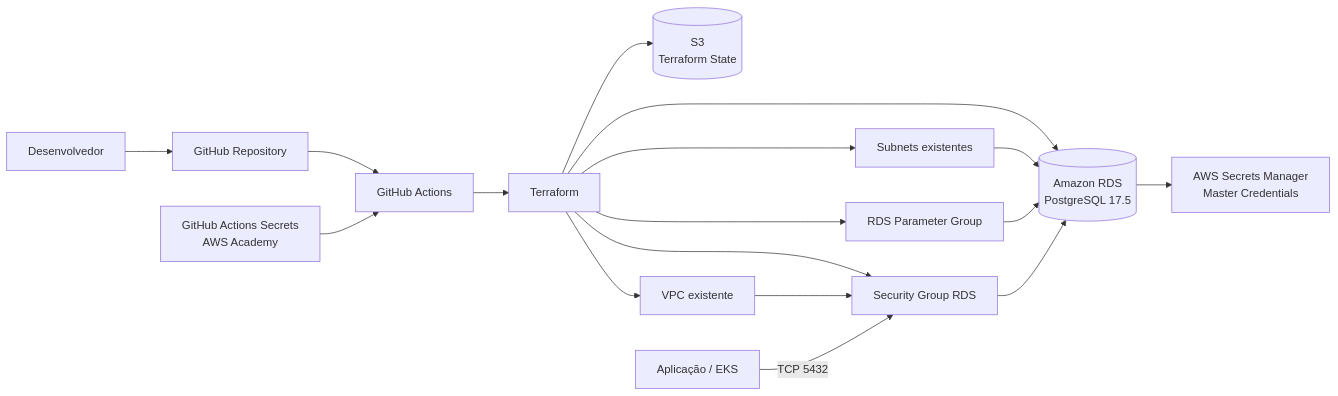
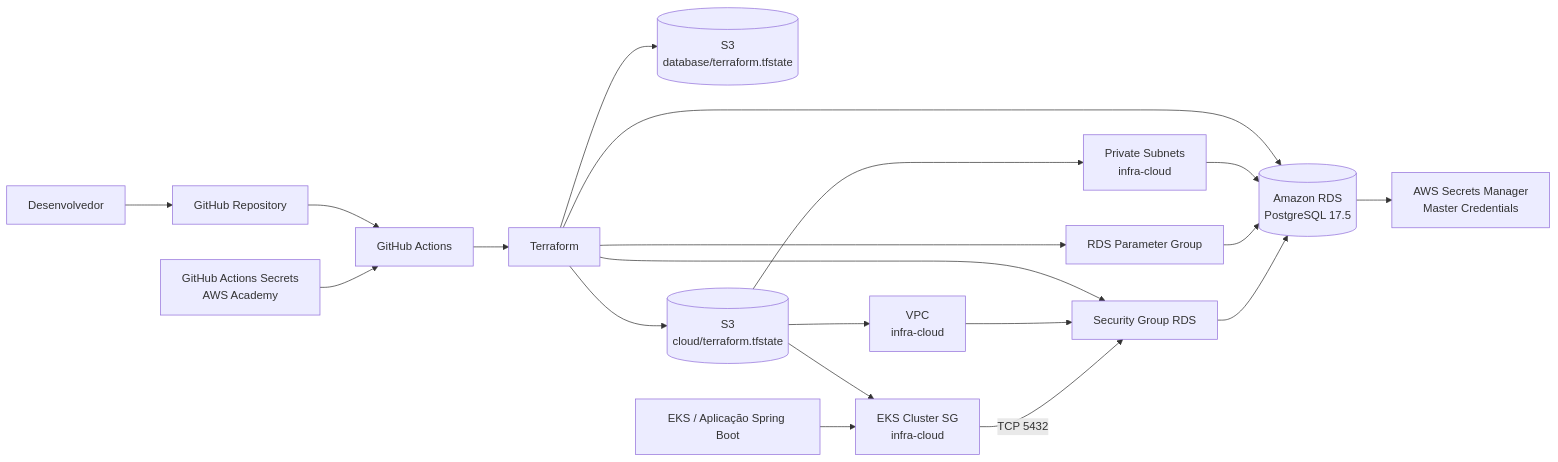
One commit to PosTech15SOAT/postech15soat-infra-database changed the diagram in docs/architecture/component-diagram.md. Above: the diagram before and after it, drawn with Mermaid. The commit also changed other lines of this file and 6 other files, not shown here.

````diff
--- a/docs/architecture/component-diagram.md
+++ b/docs/architecture/component-diagram.md
@@ -3,25 +3,29 @@
 ```mermaid
 flowchart LR
     DEV[Desenvolvedor] --> GH[GitHub Repository]
     GH --> GA[GitHub Actions]
     GA --> TF[Terraform]
 
     SECRETS_GH[GitHub Actions Secrets<br/>AWS Academy] --> GA
 
-    TF --> S3[(S3<br/>Terraform State)]
-    TF --> VPC[VPC existente]
-    TF --> SUBNETS[Subnets existentes]
+    TF --> S3_DB[(S3<br/>database/terraform.tfstate)]
+    TF --> S3_CLOUD[(S3<br/>cloud/terraform.tfstate)]
+
+    S3_CLOUD --> VPC[VPC<br/>infra-cloud]
+    S3_CLOUD --> SUBNETS[Private Subnets<br/>infra-cloud]
+    S3_CLOUD --> EKS_SG[EKS Cluster SG<br/>infra-cloud]
 
     TF --> PG[RDS Parameter Group]
     TF --> SG[Security Group RDS]
     TF --> RDS[(Amazon RDS<br/>PostgreSQL 17.5)]
 
     RDS --> SECRET[AWS Secrets Manager<br/>Master Credentials]
 
     VPC --> SG
     SUBNETS --> RDS
     PG --> RDS
     SG --> RDS
 
-    APP[Aplicação / EKS] -->|TCP 5432| SG
+    APP[EKS / Aplicação Spring Boot] --> EKS_SG
+    EKS_SG -->|TCP 5432| SG
 ```
````
